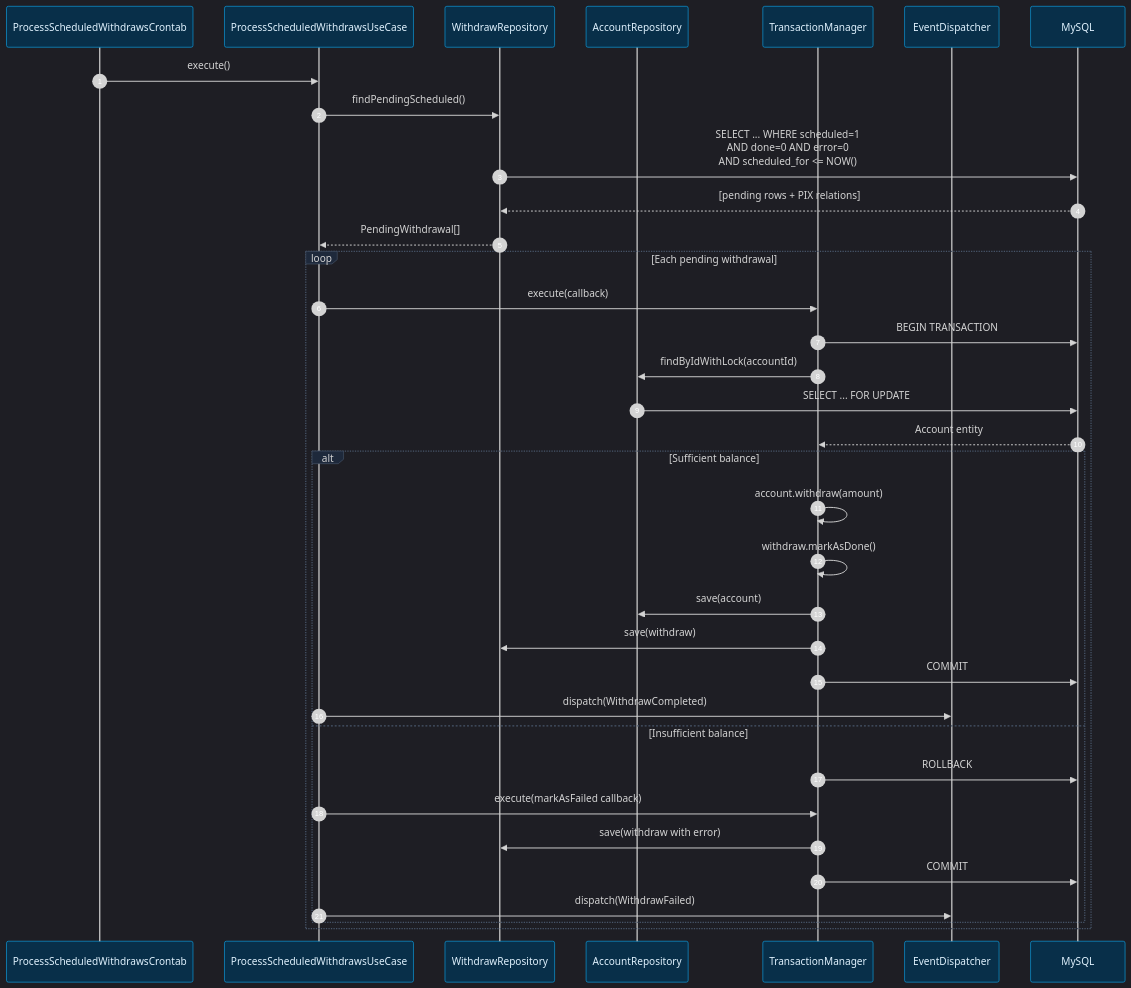
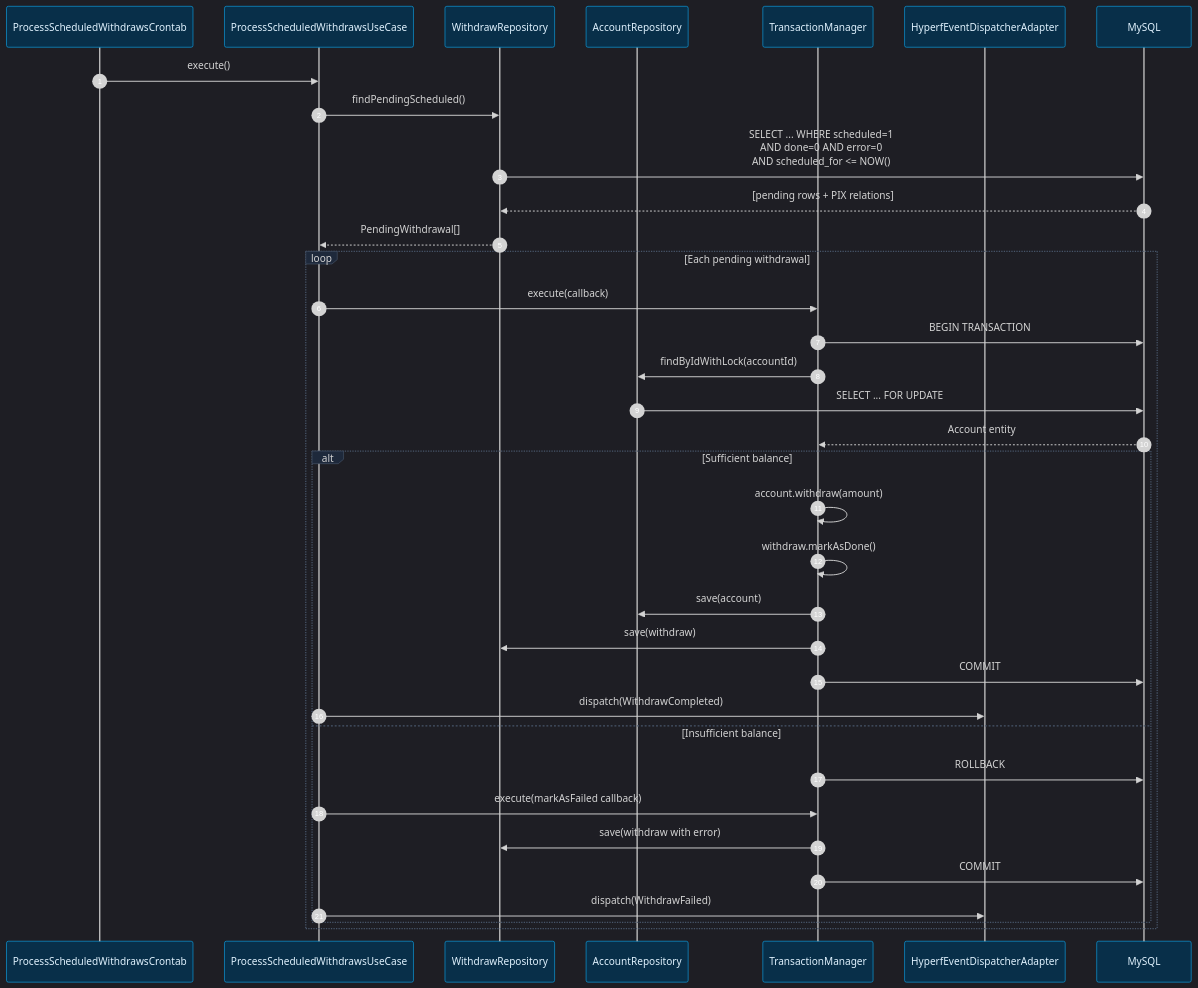
One commit to jonatamsr/jsr-pix-withdrawal changed the seventh of 10 diagrams in README.md. Above: the diagram before and after it, drawn with Mermaid. The commit also changed other lines of this file and 15 other files, not shown here.

First line of the commit message:
Add architectural decision records for observability, persistence, caching, scheduling, and documentation

````diff
--- a/README.md
+++ b/README.md
@@ -691,43 +752,43 @@
 ```mermaid
 %%{init: {'theme': 'dark', 'themeVariables': { 'fontFamily': 'ui-sans-serif, system-ui', 'primaryColor': '#1e1b4b', 'primaryTextColor': '#e0e7ff', 'primaryBorderColor': '#6366f1', 'lineColor': '#94a3b8', 'sequenceNumberColor': '#ffffff', 'actorBkg': '#082f49', 'actorBorder': '#0ea5e9', 'actorTextColor': '#e0f2fe', 'labelBoxBkgColor': '#1e293b', 'labelBoxBorderColor': '#475569'}}}%%
 sequenceDiagram
     autonumber
     participant Cron as ProcessScheduledWithdrawsCrontab
     participant UC as ProcessScheduledWithdrawsUseCase
     participant WdRepo as WithdrawRepository
     participant AccRepo as AccountRepository
     participant TX as TransactionManager
-    participant EvtDisp as EventDispatcher
+    participant EvtDisp as HyperfEventDispatcherAdapter
     participant MySQL
 
     Cron->>UC: execute()
 
     UC->>WdRepo: findPendingScheduled()
     WdRepo->>MySQL: SELECT ... WHERE scheduled=1<br/>AND done=0 AND error=0<br/>AND scheduled_for <= NOW()
     MySQL-->>WdRepo: [pending rows + PIX relations]
     WdRepo-->>UC: PendingWithdrawal[]
 
     loop Each pending withdrawal
         UC->>TX: execute(callback)
         TX->>MySQL: BEGIN TRANSACTION
 
         TX->>AccRepo: findByIdWithLock(accountId)
         AccRepo->>MySQL: SELECT ... FOR UPDATE
         MySQL-->>TX: Account entity
 
         alt Sufficient balance
             TX->>TX: account.withdraw(amount)
             TX->>TX: withdraw.markAsDone()
             TX->>AccRepo: save(account)
             TX->>WdRepo: save(withdraw)
             TX->>MySQL: COMMIT
             UC->>EvtDisp: dispatch(WithdrawCompleted)
         else Insufficient balance
             TX->>MySQL: ROLLBACK
             UC->>TX: execute(markAsFailed callback)
             TX->>WdRepo: save(withdraw with error)
             TX->>MySQL: COMMIT
             UC->>EvtDisp: dispatch(WithdrawFailed)
         end
     end
 ```
````
